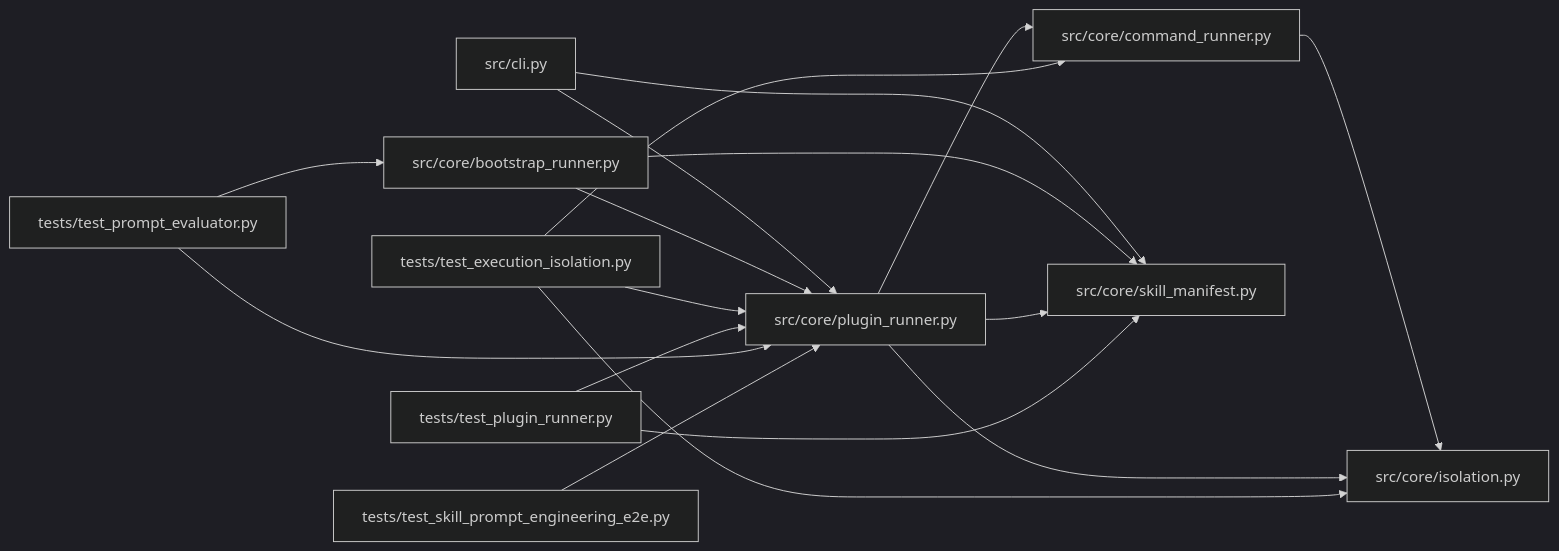
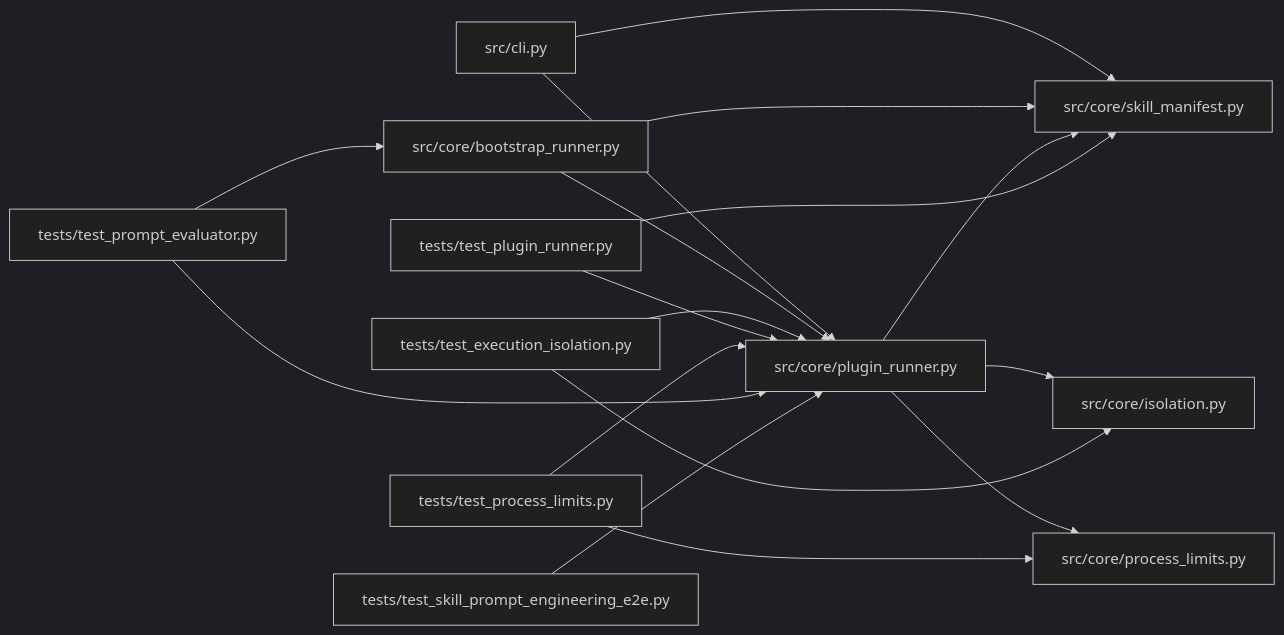
One commit to Denissvgn/autoresearch-agent changed the diagram in docs/llm_wiki/modules/plugin_runner.md. Above: the diagram before and after it, drawn with Mermaid (dark theme). The commit also changed other lines of this file and 37 other files, not shown here.

````diff
--- a/docs/llm_wiki/modules/plugin_runner.md
+++ b/docs/llm_wiki/modules/plugin_runner.md
@@ -85,39 +86,41 @@
 ```mermaid
 flowchart LR
     n0["src/cli.py"]
     n1["src/core/bootstrap_runner.py"]
-    n2["src/core/command_runner.py"]
-    n3["src/core/isolation.py"]
-    n4["src/core/plugin_runner.py"]
+    n2["src/core/isolation.py"]
+    n3["src/core/plugin_runner.py"]
+    n4["src/core/process_limits.py"]
     n5["src/core/skill_manifest.py"]
     n6["tests/test_execution_isolation.py"]
     n7["tests/test_plugin_runner.py"]
-    n8["tests/test_prompt_evaluator.py"]
-    n9["tests/test_skill_prompt_engineering_e2e.py"]
-    n0 --> n4
+    n8["tests/test_process_limits.py"]
+    n9["tests/test_prompt_evaluator.py"]
+    n10["tests/test_skill_prompt_engineering_e2e.py"]
+    n0 --> n3
     n0 --> n5
-    n1 --> n4
+    n1 --> n3
     n1 --> n5
-    n2 --> n3
-    n4 --> n2
-    n4 --> n3
-    n4 --> n5
+    n3 --> n2
+    n3 --> n4
+    n3 --> n5
     n6 --> n2
     n6 --> n3
-    n6 --> n4
-    n7 --> n4
+    n7 --> n3
     n7 --> n5
-    n8 --> n1
+    n8 --> n3
     n8 --> n4
-    n9 --> n4
+    n9 --> n1
+    n9 --> n3
+    n10 --> n3
     click n0 "../modules/cli.md"
     click n1 "../modules/bootstrap_runner.md"
-    click n2 "../modules/command_runner.md"
-    click n3 "../modules/isolation.md"
-    click n4 "../modules/plugin_runner.md"
+    click n2 "../modules/isolation.md"
+    click n3 "../modules/plugin_runner.md"
+    click n4 "../modules/process_limits.md"
     click n5 "../modules/skill_manifest.md"
     click n6 "../modules/test_execution_isolation.md"
     click n7 "../modules/test_plugin_runner.md"
-    click n8 "../modules/test_prompt_evaluator.md"
-    click n9 "../modules/test_skill_prompt_engineering_e2e.md"
+    click n8 "../modules/test_process_limits.md"
+    click n9 "../modules/test_prompt_evaluator.md"
+    click n10 "../modules/test_skill_prompt_engineering_e2e.md"
 ```
````
